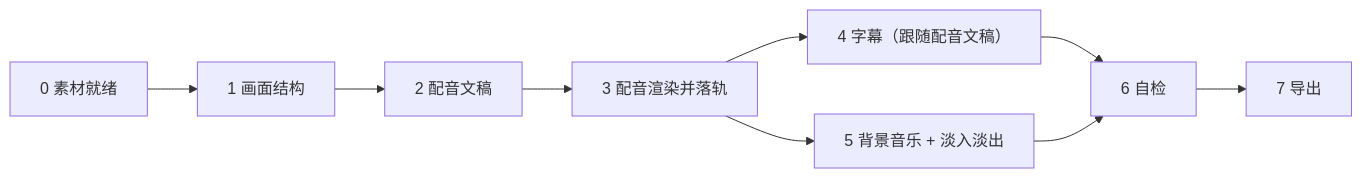
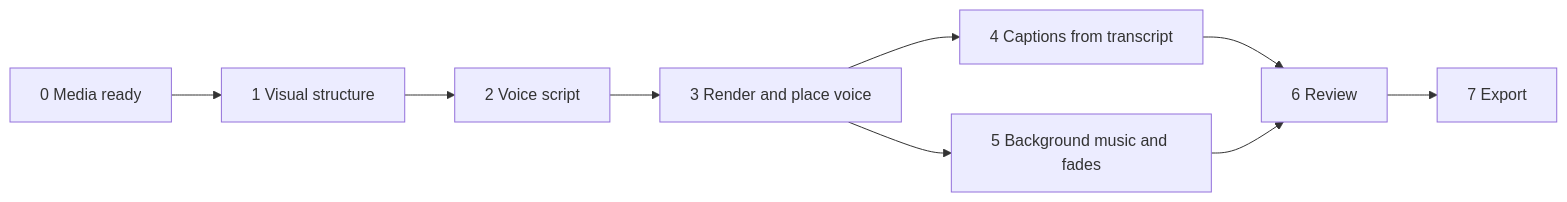
The diagram in shared/skills/aixcut-video-assembly/SKILL.md (aixcut/agent-plugin), drawn with Mermaid before and after one commit. The commit also changed other lines of this file and 52 other files, not shown here.

````diff
--- a/shared/skills/aixcut-video-assembly/SKILL.md
+++ b/shared/skills/aixcut-video-assembly/SKILL.md
@@ -37,11 +36,11 @@
 ```mermaid
 flowchart LR
-    A["0 素材就绪"] --> B["1 画面结构"]
-    B --> C["2 配音文稿"]
-    C --> D["3 配音渲染并落轨"]
-    D --> E["4 字幕（跟随配音文稿）"]
-    D --> F["5 背景音乐 + 淡入淡出"]
-    E --> G["6 自检"]
+    A["0 Media ready"] --> B["1 Visual structure"]
+    B --> C["2 Voice script"]
+    C --> D["3 Render and place voice"]
+    D --> E["4 Captions from transcript"]
+    D --> F["5 Background music and fades"]
+    E --> G["6 Review"]
     F --> G
-    G --> H["7 导出"]
+    G --> H["7 Export"]
 ```
````
